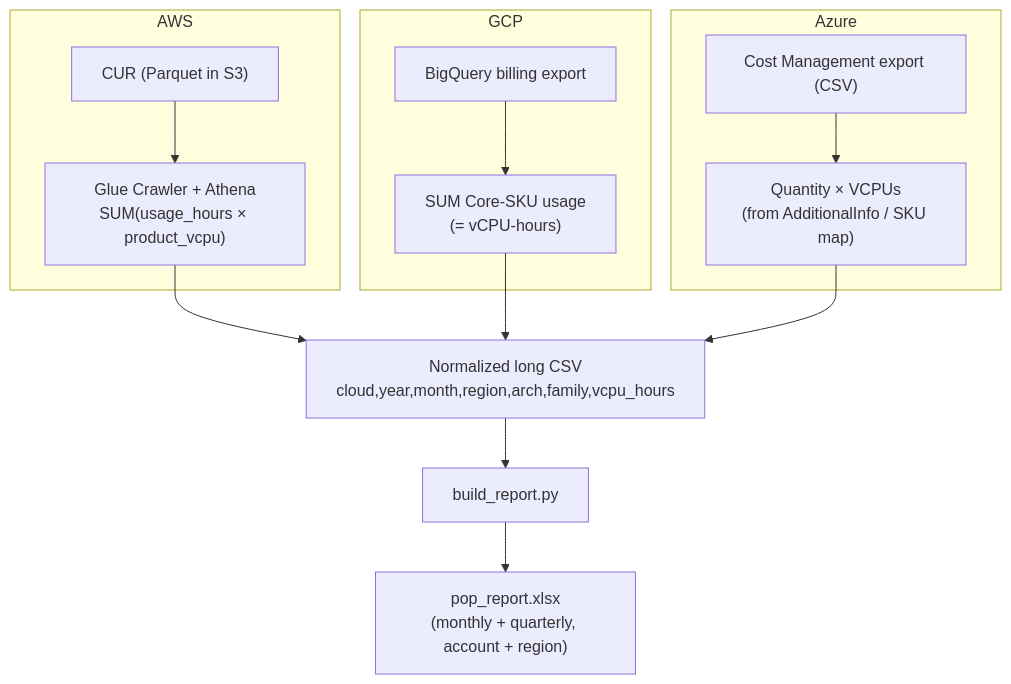
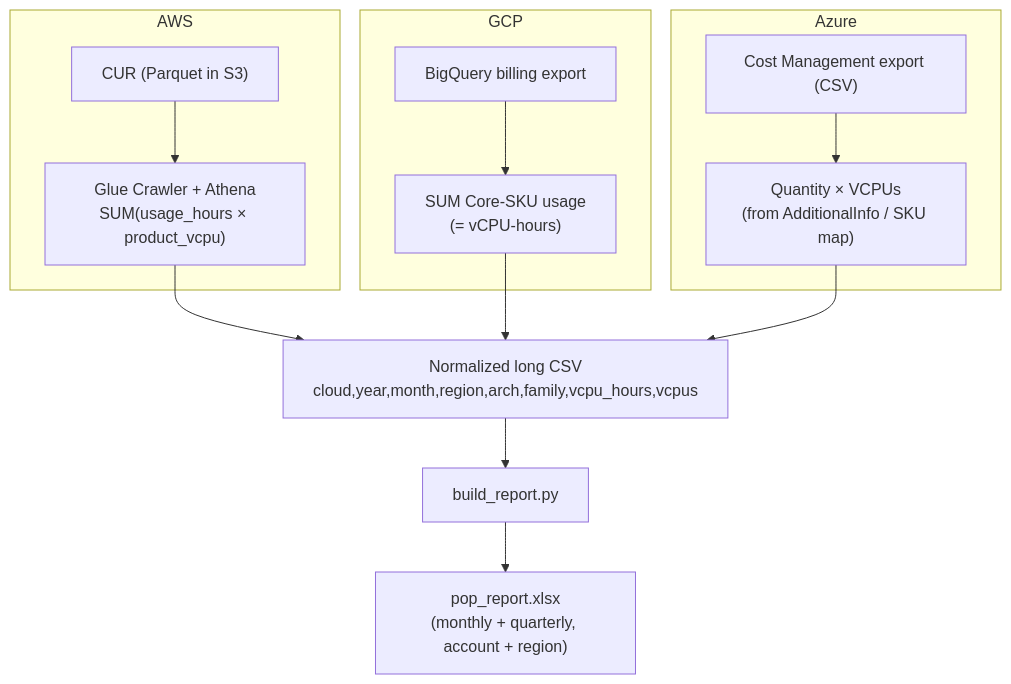
One commit to nfairoza/cloud-samples changed the diagram in proof-of-performance/README.md. Above: the diagram before and after it, drawn with Mermaid. The commit also changed other lines of this file and 8 other files, not shown here.

````diff
--- a/proof-of-performance/README.md
+++ b/proof-of-performance/README.md
@@ -52,17 +51,17 @@
 ```mermaid
 flowchart TD
     subgraph AWS
         A1["CUR (Parquet in S3)"] --> A2["Glue Crawler + Athena<br/>SUM(usage_hours × product_vcpu)"]
     end
     subgraph GCP
         G1["BigQuery billing export"] --> G2["SUM Core-SKU usage<br/>(= vCPU-hours)"]
     end
     subgraph Azure
         Z1["Cost Management export (CSV)"] --> Z2["Quantity × VCPUs<br/>(from AdditionalInfo / SKU map)"]
     end
-    A2 --> N["Normalized long CSV<br/>cloud,year,month,region,arch,family,vcpu_hours"]
+    A2 --> N["Normalized long CSV<br/>cloud,year,month,region,arch,family,vcpu_hours,vcpus"]
     G2 --> N
     Z2 --> N
     N --> B["build_report.py"]
     B --> X["pop_report.xlsx<br/>(monthly + quarterly, account + region)"]
 ```
````
